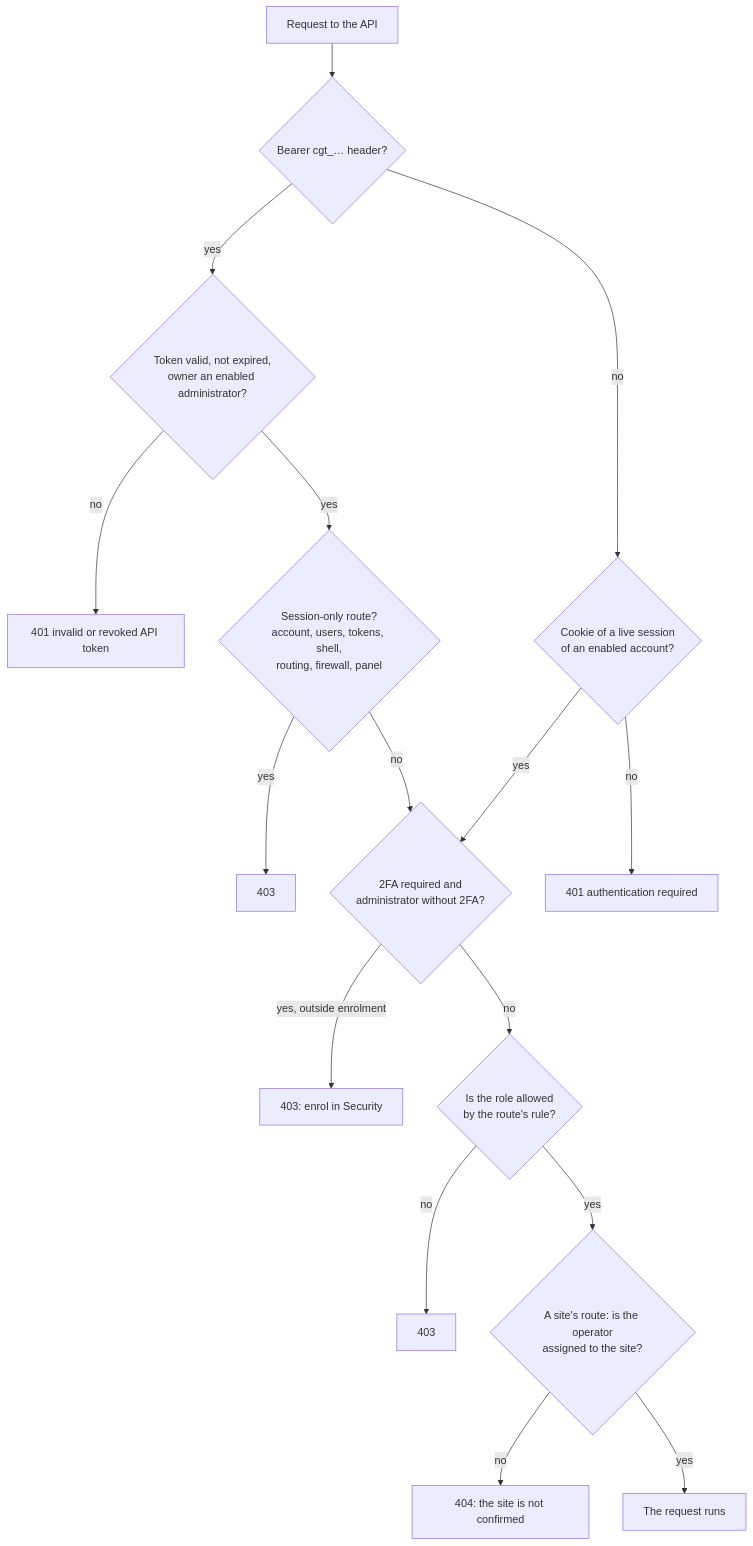
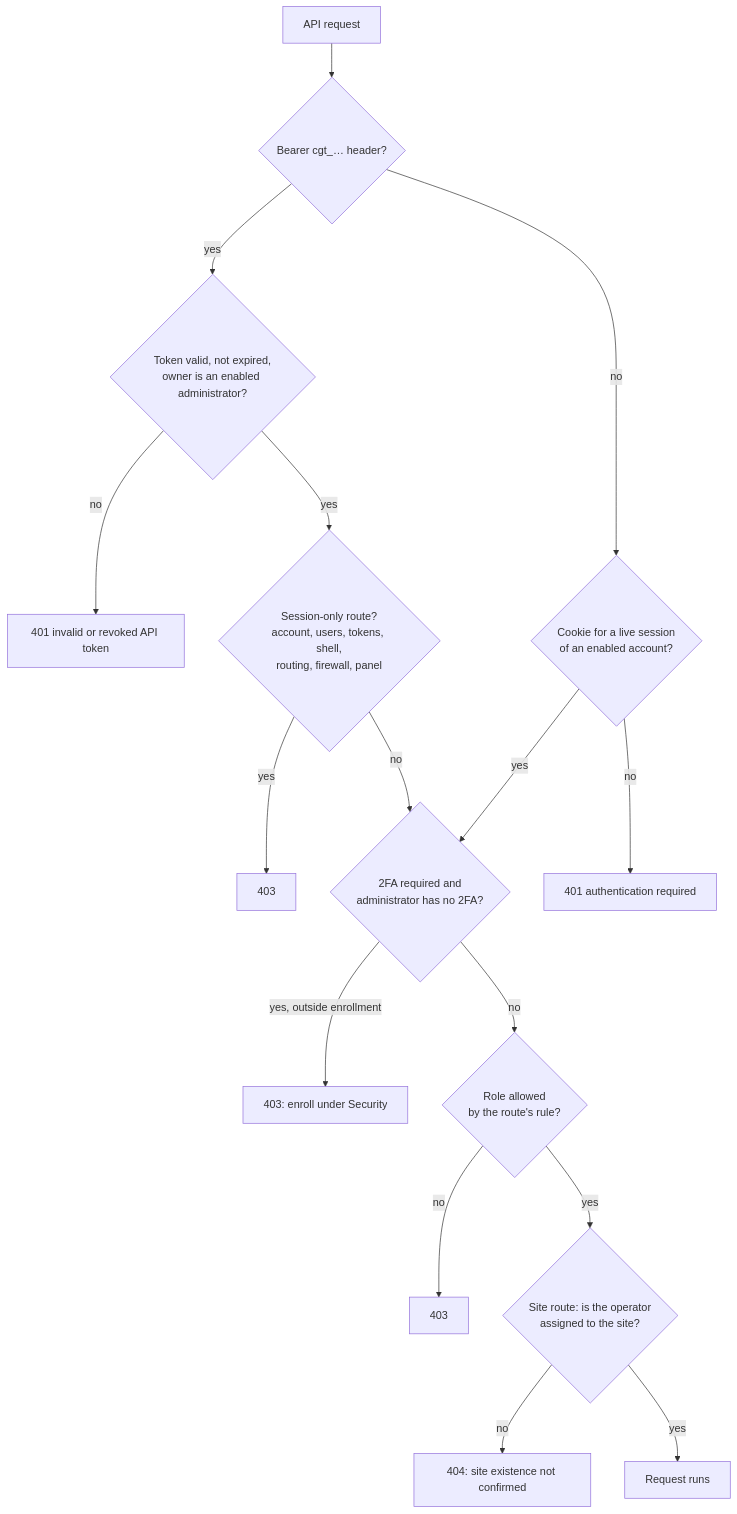
The diagram in i18n/en/docusaurus-plugin-content-docs/current/reference/roles-and-permissions.mdx (cloudground-it/cloudground-docs), drawn with Mermaid before and after one commit. The commit also changed other lines of this file and 21 other files, not shown here.

````diff
--- a/i18n/en/docusaurus-plugin-content-docs/current/reference/roles-and-permissions.mdx
+++ b/i18n/en/docusaurus-plugin-content-docs/current/reference/roles-and-permissions.mdx
@@ -23,18 +24,18 @@
 ```mermaid
 flowchart TD
-  R["Request to the API"] --> T{"Bearer cgt_… header?"}
-  T -- yes --> TV{"Token valid, not expired,<br/>owner an enabled administrator?"}
+  R["API request"] --> T{"Bearer cgt_… header?"}
+  T -- yes --> TV{"Token valid, not expired,<br/>owner is an enabled administrator?"}
   TV -- no --> E401a["401 invalid or revoked API token"]
   TV -- yes --> SO{"Session-only route?<br/>account, users, tokens, shell,<br/>routing, firewall, panel"}
   SO -- yes --> E403a["403"]
   SO -- no --> TF
-  T -- no --> S{"Cookie of a live session<br/>of an enabled account?"}
+  T -- no --> S{"Cookie for a live session<br/>of an enabled account?"}
   S -- no --> E401b["401 authentication required"]
-  S -- yes --> TF{"2FA required and<br/>administrator without 2FA?"}
-  TF -- "yes, outside enrolment" --> E403b["403: enrol in Security"]
-  TF -- no --> P{"Is the role allowed<br/>by the route's rule?"}
+  S -- yes --> TF{"2FA required and<br/>administrator has no 2FA?"}
+  TF -- "yes, outside enrollment" --> E403b["403: enroll under Security"]
+  TF -- no --> P{"Role allowed<br/>by the route's rule?"}
   P -- no --> E403c["403"]
-  P -- yes --> L{"A site's route: is the operator<br/>assigned to the site?"}
-  L -- no --> E404["404: the site is not confirmed"]
-  L -- yes --> H["The request runs"]
+  P -- yes --> L{"Site route: is the operator<br/>assigned to the site?"}
+  L -- no --> E404["404: site existence not confirmed"]
+  L -- yes --> H["Request runs"]
 ```
````
